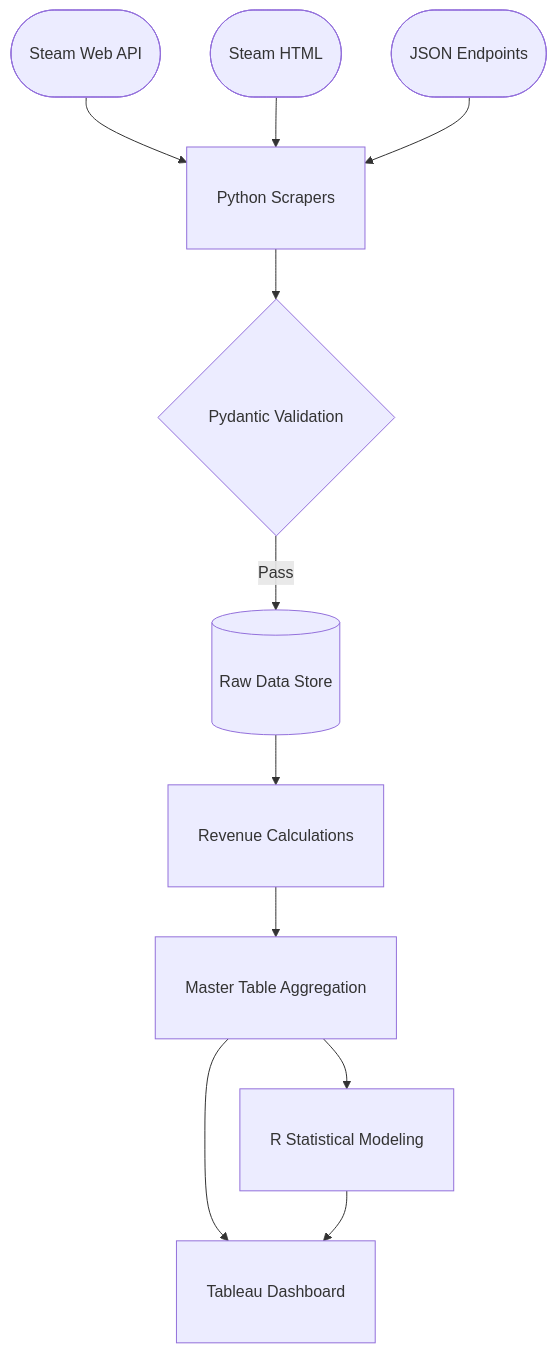
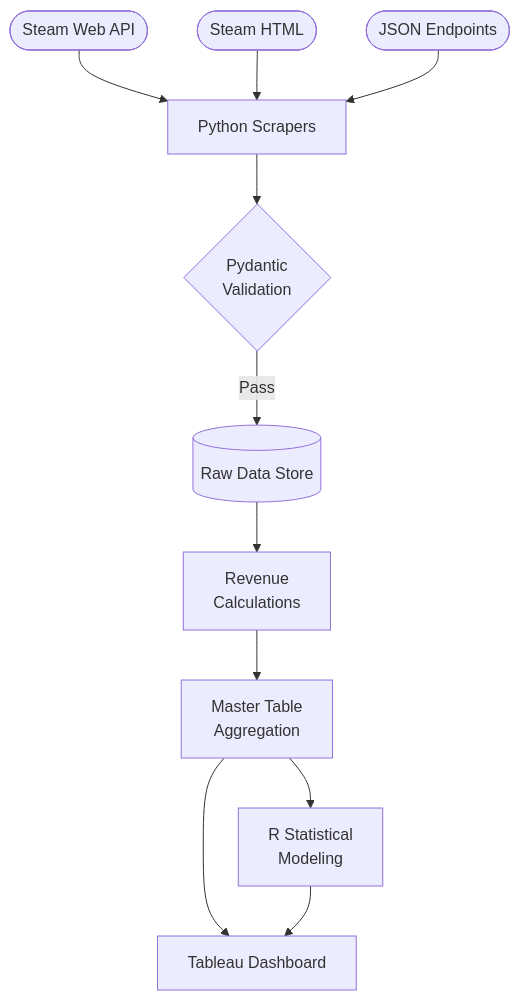
One commit to abeyer19/Steam-Analytics-Dashboard changed the diagram in README.md. Above: the diagram before and after it, drawn with Mermaid.

Commit message:
Refactor mermaid diagram for better clarity
Updated mermaid diagram in README to improve readability.

````diff
--- a/README.md
+++ b/README.md
@@ -19,26 +19,24 @@
 ```mermaid
 graph TD
-    %% Define a standard style to force width and padding
-    classDef githubStyle padding:15px,min-width:150px;
-
     A([Steam Web API])
     B([Steam HTML])
     C([JSON Endpoints])
+
     D[Python Scrapers]
-    E{Pydantic Validation}
+    E{Pydantic<br/>Validation}
+
     F[(Raw Data Store)]
-    G[Revenue Calculations]
-    H[Master Table Aggregation]
-    I[R Statistical Modeling]
+
+    G[Revenue<br/>Calculations]
+    H[Master Table<br/>Aggregation]
+
+    I[R Statistical<br/>Modeling]
     J[Tableau Dashboard]
-
-    %% Apply the style to the problematic boxes
-    class A,B,C,D,E,F,G,H,I,J githubStyle;
 
     A & B & C --> D
     D --> E
     E -- Pass --> F
     F --> G --> H
     H --> I & J
     I --> J
 ```
````
